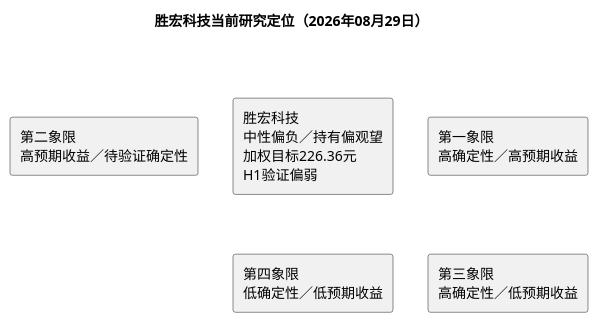
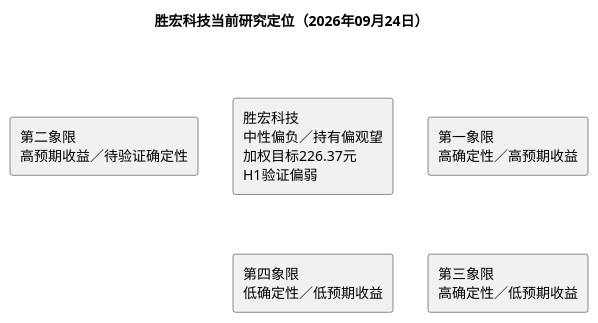
One commit to hrzzzrh/QuantPyLab changed the diagram in investigation/equities/胜宏科技/reports/研报章节八：投资摘要与风险因素.md. Above: the diagram before and after it, drawn with PlantUML. The commit also changed other lines of this file and 158 other files, not shown here.

````diff
--- a/investigation/equities/胜宏科技/reports/研报章节八：投资摘要与风险因素.md
+++ b/investigation/equities/胜宏科技/reports/研报章节八：投资摘要与风险因素.md
@@ -89,15 +89,15 @@
 ```plantuml
 @startuml
-title 胜宏科技当前研究定位（2026年08月29日）
+title 胜宏科技当前研究定位（2026年09月24日）
 rectangle "第二象限\n高预期收益／待验证确定性" as Q2
 rectangle "第一象限\n高确定性／高预期收益" as Q1
 rectangle "第四象限\n低确定性／低预期收益" as Q4
 rectangle "第三象限\n高确定性／低预期收益" as Q3
-rectangle "胜宏科技\n中性偏负／持有偏观望\n加权目标226.36元\nH1验证偏弱" as VGT
+rectangle "胜宏科技\n中性偏负／持有偏观望\n加权目标226.37元\nH1验证偏弱" as VGT
 Q2 -[hidden]right- Q1
 Q4 -[hidden]right- Q3
 Q2 -[hidden]down- Q4
 Q1 -[hidden]down- Q3
 VGT -[hidden]down- Q4
 @enduml
 ```
````
